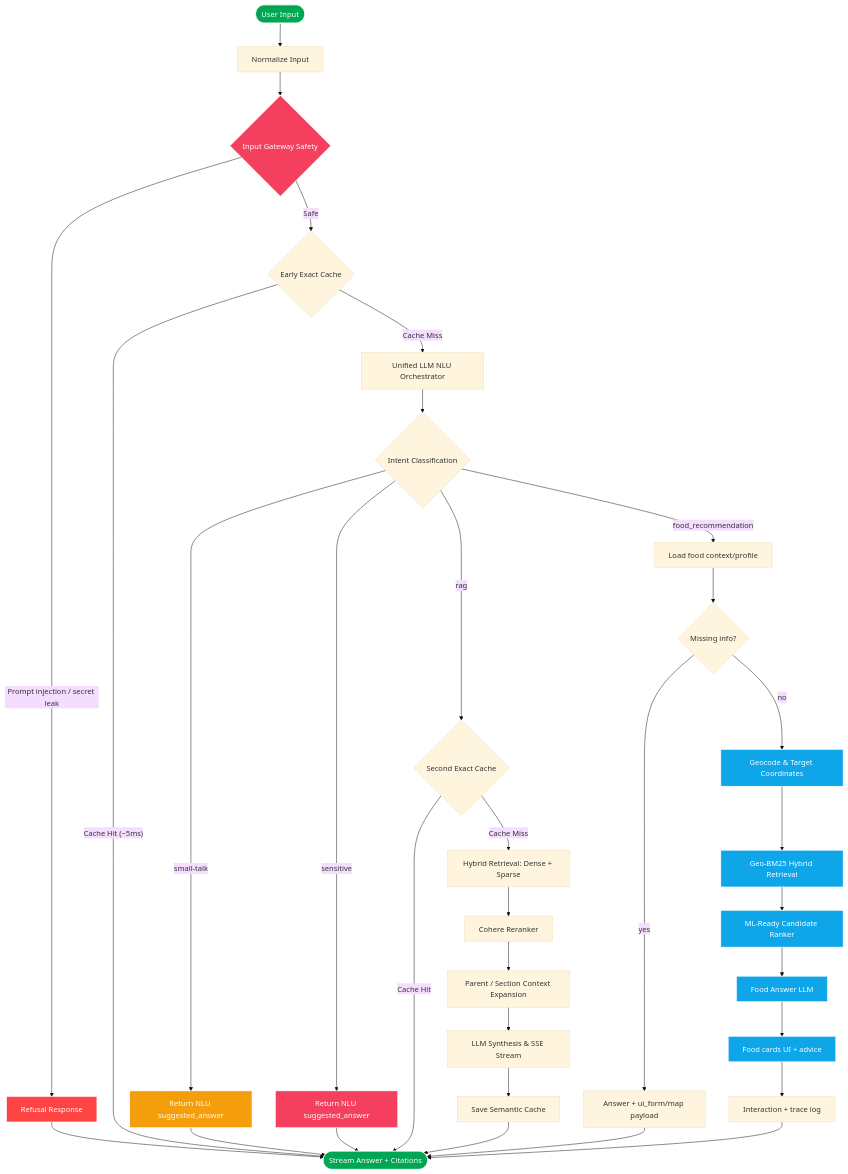
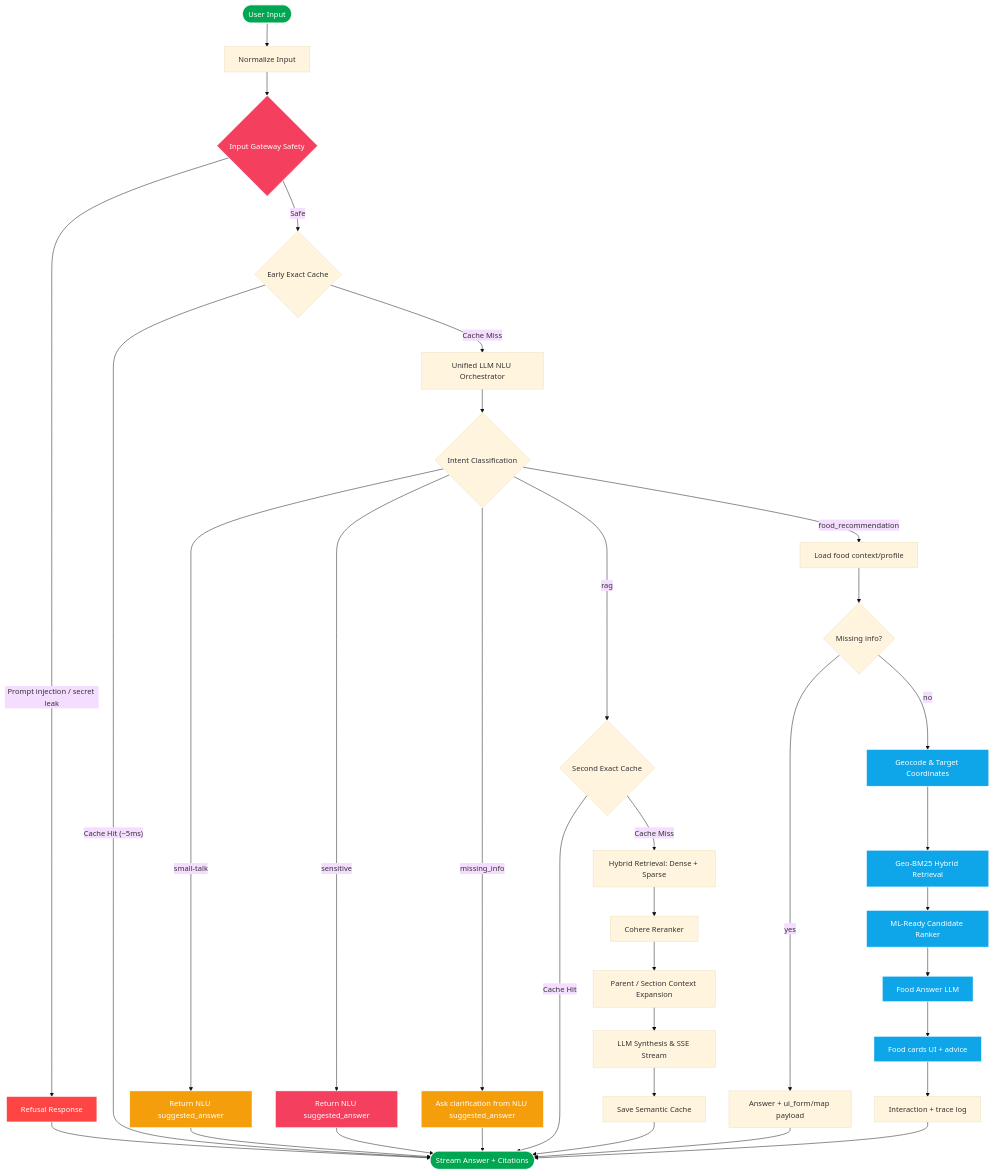
The diagram in README.md (dungltcn272/XANH_SM_AI_ASSISTANT_V1), drawn with Mermaid (base theme) before and after one commit. The commit also changed other lines of this file and 8 other files, not shown here.

Commit message:
ADD CASE MISSING INFO

````diff
--- a/README.md
+++ b/README.md
@@ -118,53 +118,56 @@
 ```mermaid
 graph TD
     A([User Input]) --> N[Normalize Input]
     N --> B{Input Gateway Safety}
     B -- "Prompt injection / secret leak" --> Block[Refusal Response]
     B -- "Safe" --> C{Early Exact Cache}
 
     C -- "Cache Hit (~5ms)" --> Out([Stream Answer + Citations])
     C -- "Cache Miss" --> D[Unified LLM NLU Orchestrator]
     
     D --> E{Intent Classification}
     E -- "small-talk" --> Stalk[Return NLU suggested_answer]
     E -- "sensitive" --> Sen[Return NLU suggested_answer]
+    E -- "missing_info" --> Miss[Ask clarification from NLU suggested_answer]
     E -- "rag" --> F{Second Exact Cache}
     E -- "food_recommendation" --> FC[Load food context/profile]
 
     %% Luồng Food Recommendation
     FC --> M{Missing info?}
     M -- yes --> FORM[Answer + ui_form/map payload]
     M -- no --> FR1[Geocode & Target Coordinates]
     FR1 --> FR2[Geo-BM25 Hybrid Retrieval]
     FR2 --> FR3[ML-Ready Candidate Ranker]
     FR3 --> FR4[Food Answer LLM]
     FR4 --> CARD[Food cards UI + advice]
     CARD --> LOG[Interaction + trace log]
     LOG --> Out
 
     %% Luồng RAG
     F -- "Cache Hit" --> Out
     F -- "Cache Miss" --> G[Hybrid Retrieval: Dense + Sparse]
     G --> H[Cohere Reranker]
     H --> I[Parent / Section Context Expansion]
     I --> K[LLM Synthesis & SSE Stream]
     K --> CacheSave[Save Semantic Cache]
     CacheSave --> Out
 
     Block --> Out
     Stalk --> Out
     Sen --> Out
+    Miss --> Out
     FORM --> Out
 
     style A fill:#00A651,stroke:#fff,color:#fff
     style Out fill:#00A651,stroke:#fff,color:#fff
     style Block fill:#ff4444,stroke:#fff,color:#fff
     style Stalk fill:#f59e0b,stroke:#fff,color:#fff
     style Sen fill:#f43f5e,stroke:#fff,color:#fff
+    style Miss fill:#f59e0b,stroke:#fff,color:#fff
     style B fill:#f43f5e,stroke:#fff,color:#fff
     style FR1 fill:#0ea5e9,stroke:#fff,color:#fff
     style FR2 fill:#0ea5e9,stroke:#fff,color:#fff
     style FR3 fill:#0ea5e9,stroke:#fff,color:#fff
     style FR4 fill:#0ea5e9,stroke:#fff,color:#fff
     style CARD fill:#0ea5e9,stroke:#fff,color:#fff
 ```
````
